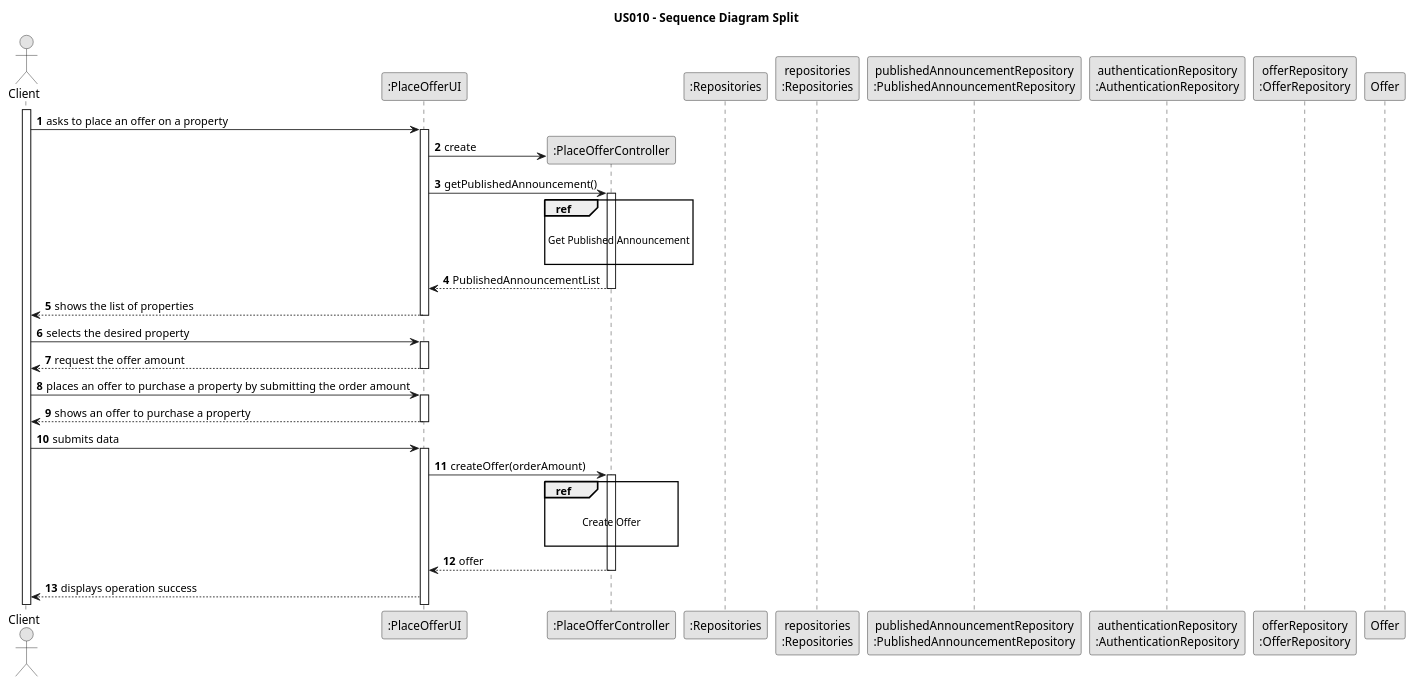
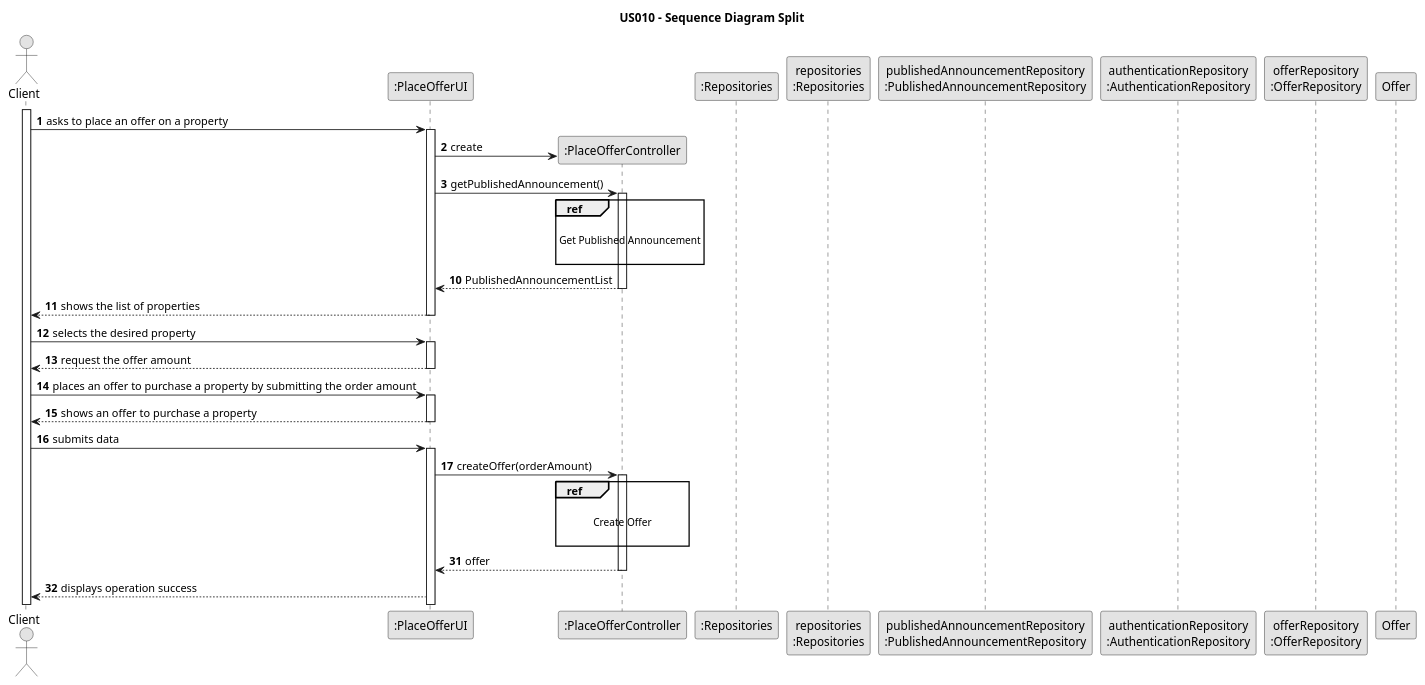
Before and after one commit to PureNimble/ISEP-LAPR2: the diagram in docs/sprintC/US10/03.design/puml/us010-sequence-diagram-split.puml, drawn with PlantUML. The commit also changed 1 other file, not shown here.

```diff
--- a/docs/sprintC/US10/03.design/puml/us010-sequence-diagram-split.puml
+++ b/docs/sprintC/US10/03.design/puml/us010-sequence-diagram-split.puml
@@ -1,72 +1,76 @@
 @startuml
 
 skinparam monochrome true
 skinparam packageStyle rectangle
 skinparam shadowing false
 
 title US010 - Sequence Diagram Split
 
 autonumber
 
 actor "Client" as Client
 participant ":PlaceOfferUI" as System
 participant ":PlaceOfferController" as Controller
 participant ":Repositories" as RepositorySingleton
 participant "repositories\n:Repositories" as Repositories
 participant "publishedAnnouncementRepository\n:PublishedAnnouncementRepository" as PublishedAnnouncementRepository
 participant "authenticationRepository\n:AuthenticationRepository" as AuthenticationRepository
 participant "offerRepository\n:OfferRepository" as OfferRepository
 participant "Offer" as Offer
 
 activate Client
 
 Client -> System : asks to place an offer on a property
 activate System
 
 System -> Controller** : create
 
 System -> Controller : getPublishedAnnouncement()
 activate Controller
 
 ref over Controller
 
 Get Published Announcement
 
 end
 
+autonumber 10
+
 Controller --> System : PublishedAnnouncementList
 deactivate Controller
 
 System --> Client : shows the list of properties
 deactivate System
 
 Client -> System : selects the desired property
 activate System
 
 System --> Client : request the offer amount
 deactivate System
 
 Client -> System : places an offer to purchase a property by submitting the order amount
 activate System
 
 System --> Client : shows an offer to purchase a property
 deactivate System
 
 Client -> System : submits data
 activate System
 
 System -> Controller : createOffer(orderAmount)
 activate Controller
 
 ref over Controller
 
     Create Offer
 
 end
 
+autonumber 31
+
 Controller --> System : offer
 deactivate Controller
 
 System --> Client : displays operation success
 
 @enduml
```
